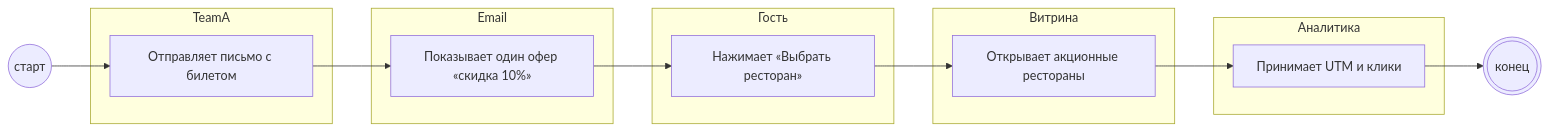
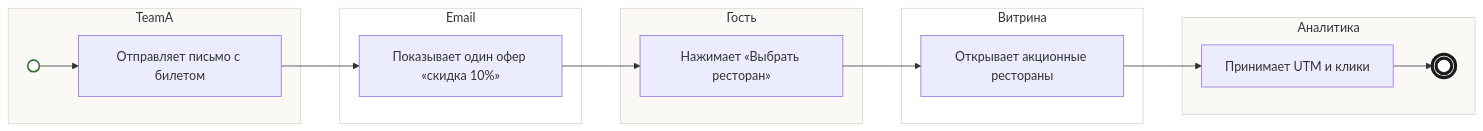
One commit to po-helper-org/poh-blueprint-writer changed the diagram in skills/bft-blueprint/examples/dineclub-restart-blueprint/backlog/tasks/bp-7.1 - Письмо-с-билетом-приходит-с-одним-офером.md. Above: the diagram before and after it, drawn with Mermaid. The commit also changed 79 other files, not shown here.

First line of the commit message:
Карточка «Как это работает»: компактная заметка, схема mermaid, «Уточнить», источники

````diff
--- a/skills/bft-blueprint/examples/dineclub-restart-blueprint/backlog/tasks/bp-7.1 - Письмо-с-билетом-приходит-с-одним-офером.md
+++ b/skills/bft-blueprint/examples/dineclub-restart-blueprint/backlog/tasks/bp-7.1 - Письмо-с-билетом-приходит-с-одним-офером.md
@@ -44,26 +44,37 @@
 ```mermaid
 flowchart LR
-  S(("старт"))
   subgraph L1["TeamA"]
+    S((" "))
     N1["Отправляет письмо с билетом"]
   end
   subgraph L2["Email"]
     N2["Показывает один офер «скидка 10%»"]
   end
   subgraph L3["Гость"]
     N3["Нажимает «Выбрать ресторан»"]
   end
   subgraph L4["Витрина"]
     N4["Открывает акционные рестораны"]
   end
   subgraph L5["Аналитика"]
     N5["Принимает UTM и клики"]
+    E(((" ")))
   end
-  E((("конец")))
   S --> N1
   N1 --> N2
   N2 --> N3
   N3 --> N4
   N4 --> N5
   N5 --> E
+  classDef start fill:#fff,stroke:#2f6b2a,stroke-width:2px
+  classDef stop fill:#fff,stroke:#1c1c1c,stroke-width:4px
+  classDef gw fill:#fff8e6,stroke:#b7791f
+  classDef ask color:#c0392b,stroke:#c0392b
+  class S start
+  class E stop
+  style L1 fill:#faf9f6,stroke:#d8d4cb
+  style L2 fill:#ffffff,stroke:#d8d4cb
+  style L3 fill:#faf9f6,stroke:#d8d4cb
+  style L4 fill:#ffffff,stroke:#d8d4cb
+  style L5 fill:#faf9f6,stroke:#d8d4cb
 ```
````
